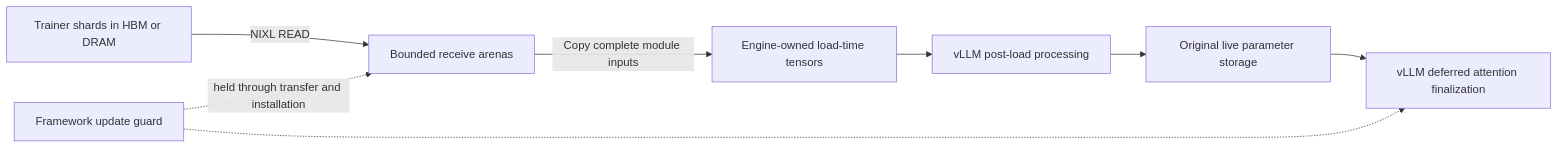
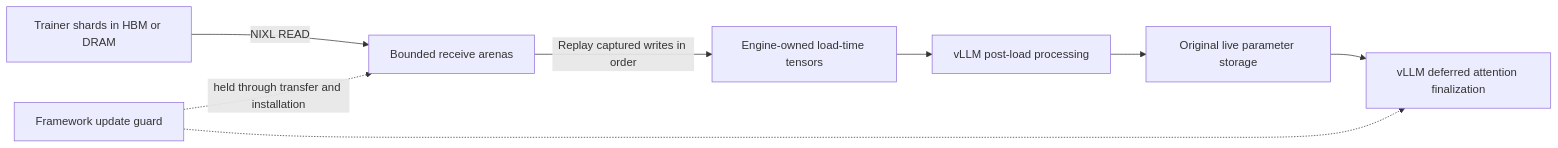
The fourth of 4 diagrams in docs/ARCHITECTURE.md (ai-dynamo/modelexpress), drawn with Mermaid before and after one commit. The commit also changed other lines of this file and 21 other files, not shown here.

Commit message:
Replay captured vLLM writes in order and simplify installation

````diff
--- a/docs/ARCHITECTURE.md
+++ b/docs/ARCHITECTURE.md
@@ -1721,10 +1722,10 @@
 ```mermaid
 flowchart LR
     T[Trainer shards in HBM or DRAM] -->|NIXL READ| A[Bounded receive arenas]
-    A -->|Copy complete module inputs| E[Engine-owned load-time tensors]
+    A -->|Replay captured writes in order| E[Engine-owned load-time tensors]
     E --> P[vLLM post-load processing]
     P --> L[Original live parameter storage]
     L --> F[vLLM deferred attention finalization]
     G[Framework update guard] -. held through transfer and installation .-> A
     G -.-> F
 ```
````
